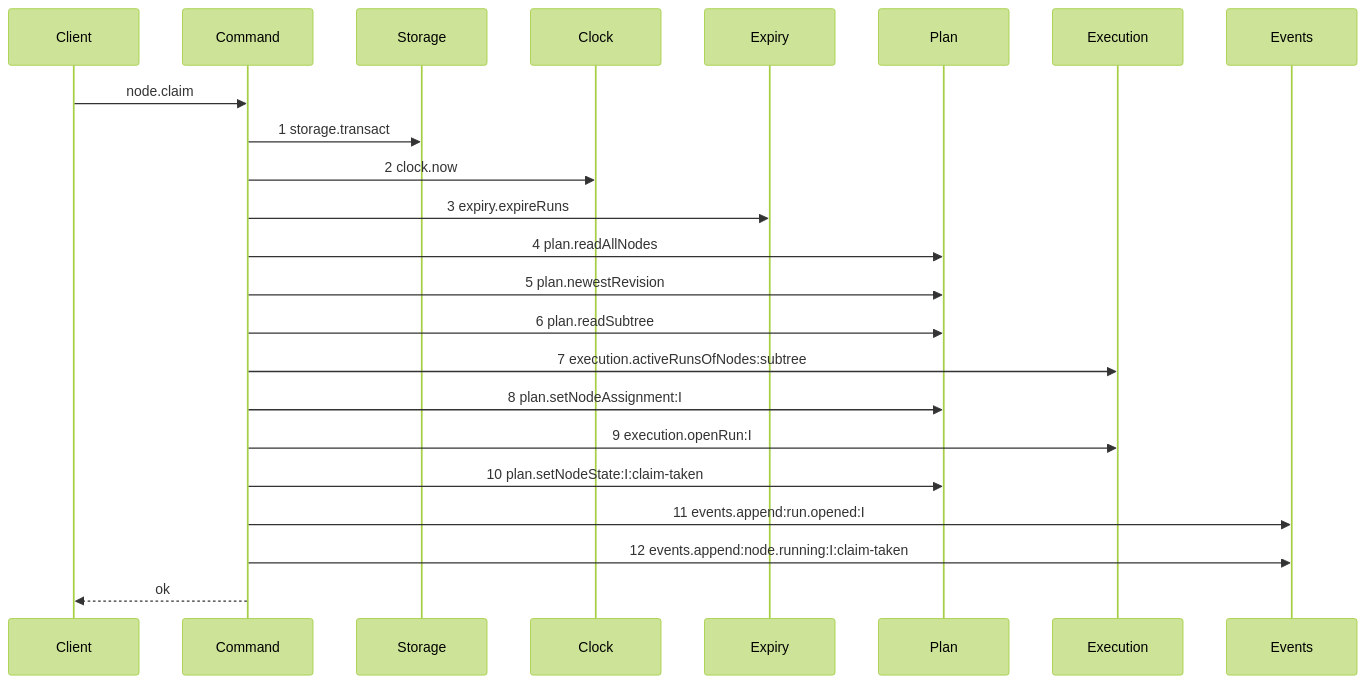
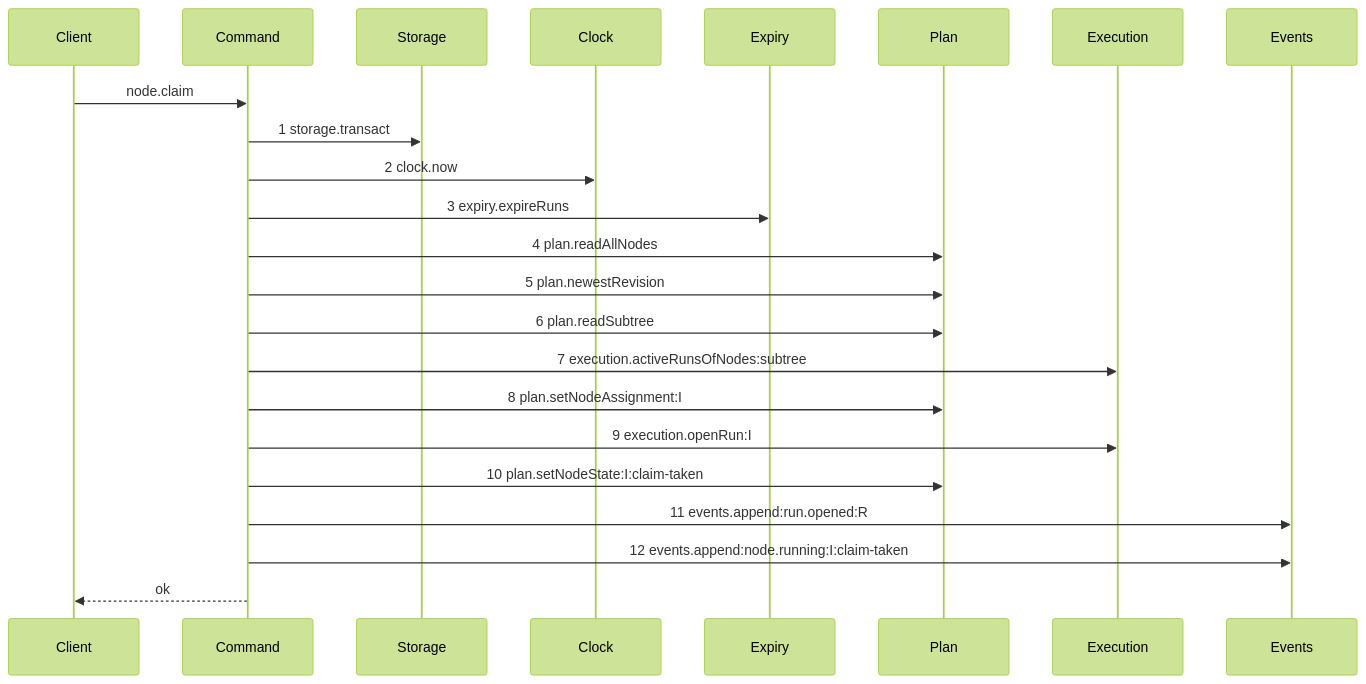
Before and after one commit to kanthorlabs/kanthord-engine: the diagram in .agents/plan/stories/050.4-the-node-lease-removal/02-the-claim-of-an-initiative-drops-the-lease.md, drawn with Mermaid (forest theme). The commit also changed 113 other files, not shown here.

````diff
--- a/.agents/plan/stories/050.4-the-node-lease-removal/02-the-claim-of-an-initiative-drops-the-lease.md
+++ b/.agents/plan/stories/050.4-the-node-lease-removal/02-the-claim-of-an-initiative-drops-the-lease.md
@@ -26,25 +26,25 @@
 ```mermaid
 sequenceDiagram
     participant Client
     participant Command
     participant Storage
     participant Clock
     participant Expiry
     participant Plan
     participant Execution
     participant Events
     Client->>Command: node.claim
     Command->>Storage: 1 storage.transact
     Command->>Clock: 2 clock.now
     Command->>Expiry: 3 expiry.expireRuns
     Command->>Plan: 4 plan.readAllNodes
     Command->>Plan: 5 plan.newestRevision
     Command->>Plan: 6 plan.readSubtree
     Command->>Execution: 7 execution.activeRunsOfNodes:subtree
     Command->>Plan: 8 plan.setNodeAssignment:I
     Command->>Execution: 9 execution.openRun:I
     Command->>Plan: 10 plan.setNodeState:I:claim-taken
-    Command->>Events: 11 events.append:run.opened:I
+    Command->>Events: 11 events.append:run.opened:R
     Command->>Events: 12 events.append:node.running:I:claim-taken
     Command-->>Client: ok
 ```
````
